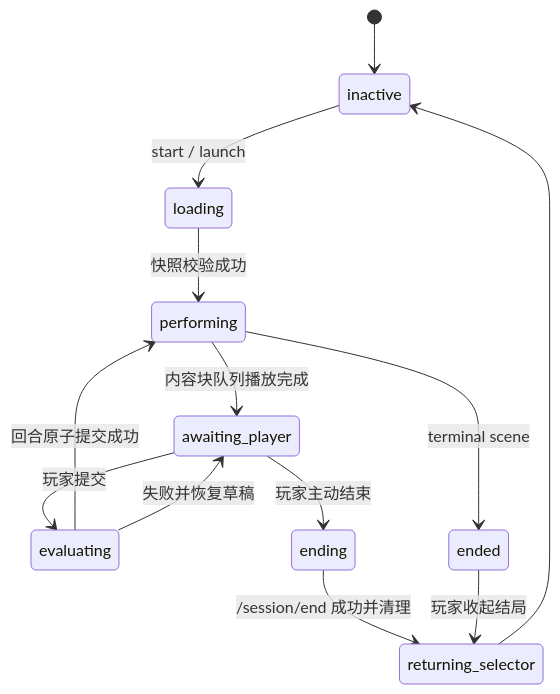
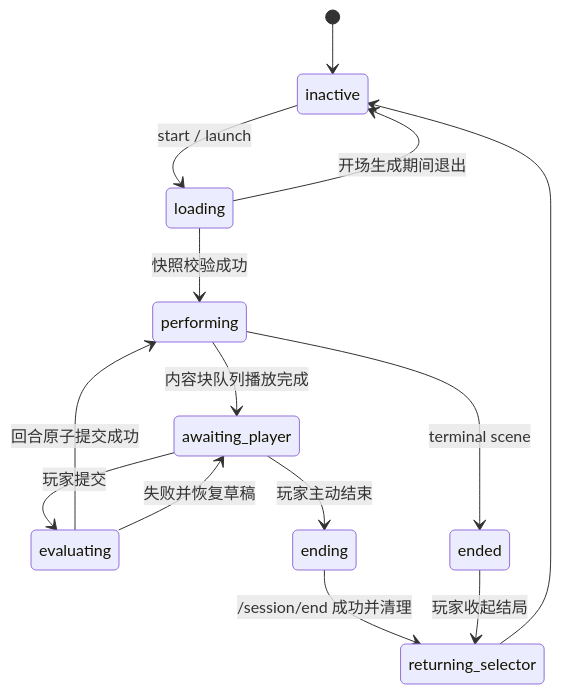
Before and after one commit to Krabbypattyl/N.E.K.O: the third of 3 diagrams in docs/design/neko-theater-architecture.md, drawn with Mermaid. The commit also changed other lines of this file and 5 other files, not shown here.

````diff
--- a/docs/design/neko-theater-architecture.md
+++ b/docs/design/neko-theater-architecture.md
@@ -495,15 +495,16 @@
 ```mermaid
 stateDiagram-v2
     [*] --> inactive
     inactive --> loading: start / launch
     loading --> performing: 快照校验成功
     performing --> awaiting_player: 内容块队列播放完成
     awaiting_player --> evaluating: 玩家提交
     evaluating --> performing: 回合原子提交成功
     evaluating --> awaiting_player: 失败并恢复草稿
     performing --> ended: terminal scene
     awaiting_player --> ending: 玩家主动结束
+    loading --> inactive: 开场生成期间退出
     ending --> returning_selector: /session/end 成功并清理
     ended --> returning_selector: 玩家收起结局
     returning_selector --> inactive
 ```
````
